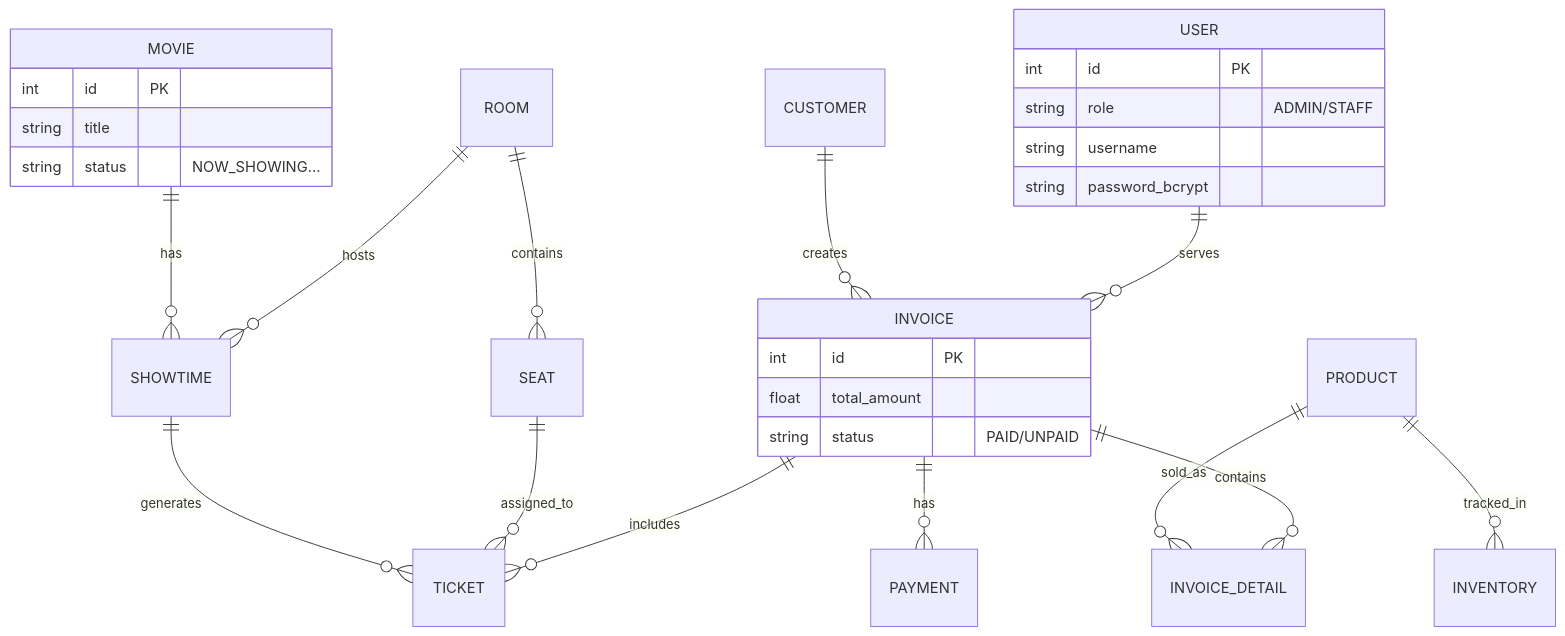
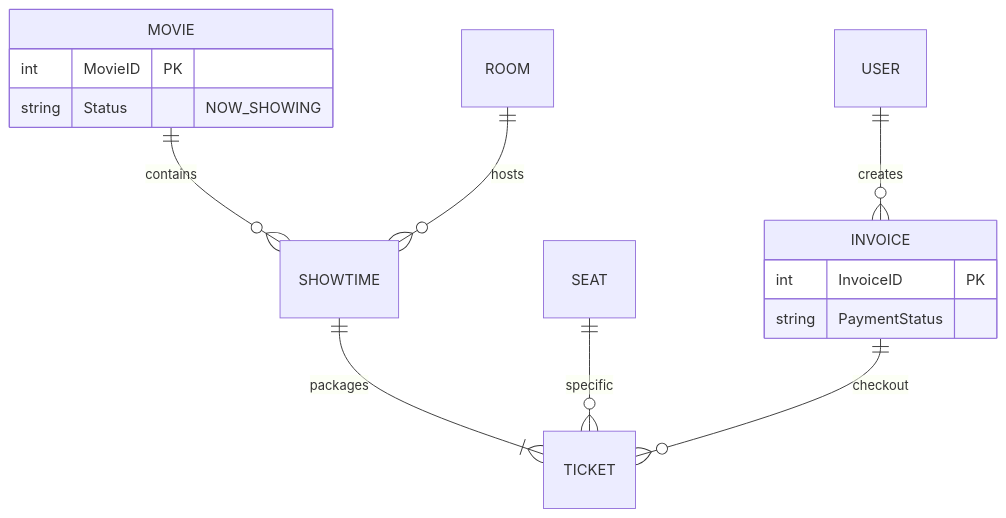
Before and after one commit to Coffat/F3_Cinema: the third of 3 diagrams in README.md, drawn with Mermaid. The commit also changed other lines of this file, not shown here.

````diff
--- a/README.md
+++ b/README.md
@@ -111,35 +118,18 @@
 ```mermaid
 erDiagram
-    MOVIE ||--o{ SHOWTIME : has
+    MOVIE ||--o{ SHOWTIME : contains
     ROOM ||--o{ SHOWTIME : hosts
-    ROOM ||--o{ SEAT : contains
-    SHOWTIME ||--o{ TICKET : generates
-    SEAT ||--o{ TICKET : assigned_to
+    SHOWTIME ||--|{ TICKET : packages
+    SEAT ||--o{ TICKET : specific
+    INVOICE ||--o{ TICKET : checkout
+    USER ||--o{ INVOICE : creates
 
-    CUSTOMER ||--o{ INVOICE : creates
-    INVOICE ||--o{ TICKET : includes
-    INVOICE ||--o{ PAYMENT : has
-    USER ||--o{ INVOICE : serves
-
-    %% Module Kho Hàng
-    PRODUCT ||--o{ INVENTORY : tracked_in
-    PRODUCT ||--o{ INVOICE_DETAIL : sold_as
-    INVOICE ||--o{ INVOICE_DETAIL : contains
-
-    USER {
-        int id PK
-        string role "ADMIN/STAFF"
-        string username
-        string password_bcrypt
-    }
     MOVIE {
-        int id PK
-        string title
-        string status "NOW_SHOWING..."
+        int MovieID PK
+        string Status "NOW_SHOWING"
     }
     INVOICE {
-        int id PK
-        float total_amount
-        string status "PAID/UNPAID"
+        int InvoiceID PK
+        string PaymentStatus
     }
 ```
````
